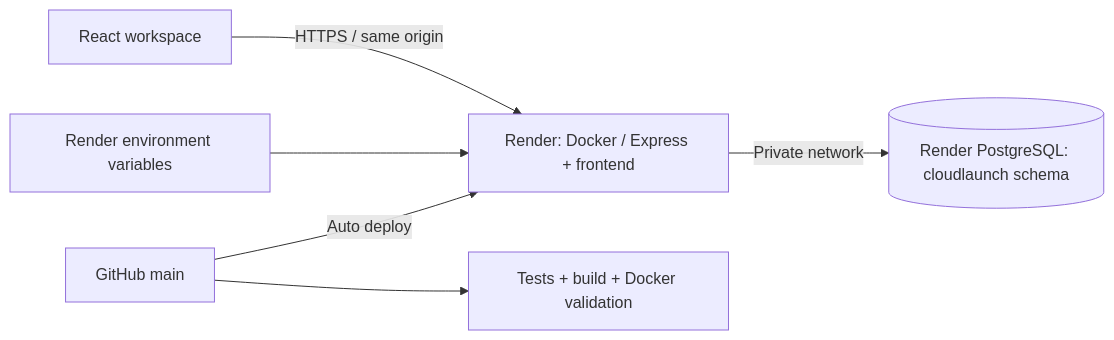
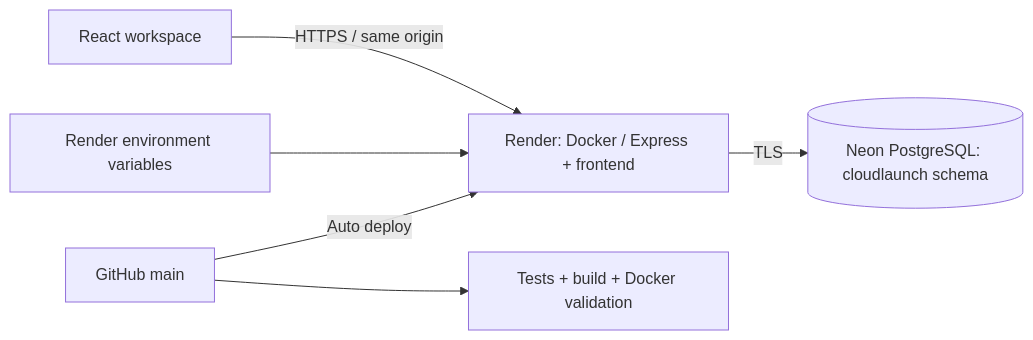
Before and after one commit to rachit1807/cloudlaunch: the diagram in README.md, drawn with Mermaid. The commit also changed other lines of this file and 2 other files, not shown here.

Commit message:
Document dedicated Neon database and configure external connection

````diff
--- a/README.md
+++ b/README.md
@@ -115,8 +115,8 @@
 ```mermaid
 flowchart LR
     Browser[React workspace] -->|HTTPS / same origin| Render[Render: Docker / Express + frontend]
-    Render -->|Private network| SQL[(Render PostgreSQL: cloudlaunch schema)]
+    Render -->|TLS| SQL[(Neon PostgreSQL: cloudlaunch schema)]
     Env[Render environment variables] --> Render
     Git[GitHub main] --> CI[Tests + build + Docker validation]
     Git -->|Auto deploy| Render
 ```
````
